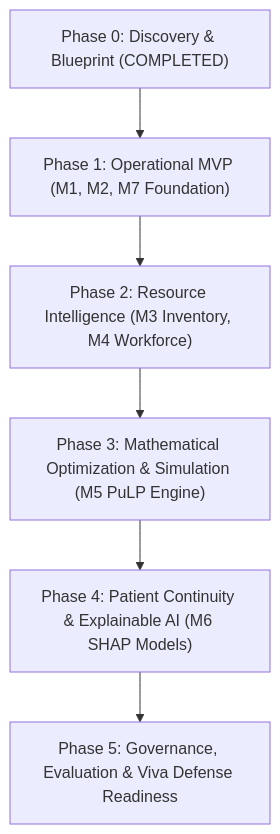
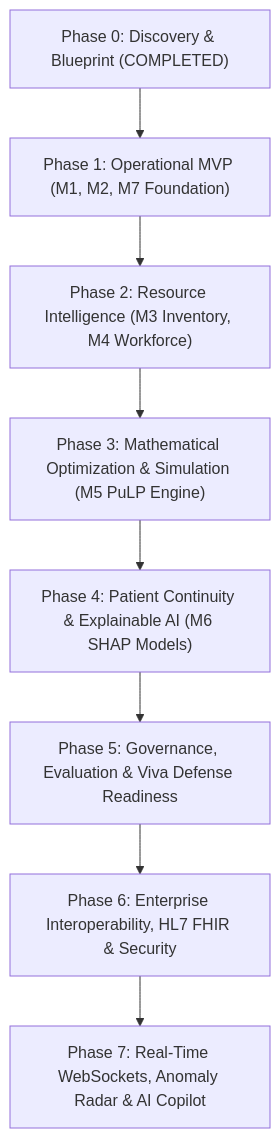
The diagram in docs/IMPLEMENTATION_ROADMAP.md (smithlivingstonofficial/MCA-ML), drawn with Mermaid before and after one commit. The commit also changed other lines of this file and 16 other files, not shown here.

Commit message:
feat(phase7): implement real-time websockets, operational anomaly radar and AI copilot deck

````diff
--- a/docs/IMPLEMENTATION_ROADMAP.md
+++ b/docs/IMPLEMENTATION_ROADMAP.md
@@ -11,11 +11,13 @@
 ```mermaid
 flowchart TD
     P0["Phase 0: Discovery & Blueprint (COMPLETED)"]
     P1["Phase 1: Operational MVP (M1, M2, M7 Foundation)"]
     P2["Phase 2: Resource Intelligence (M3 Inventory, M4 Workforce)"]
     P3["Phase 3: Mathematical Optimization & Simulation (M5 PuLP Engine)"]
     P4["Phase 4: Patient Continuity & Explainable AI (M6 SHAP Models)"]
     P5["Phase 5: Governance, Evaluation & Viva Defense Readiness"]
+    P6["Phase 6: Enterprise Interoperability, HL7 FHIR & Security"]
+    P7["Phase 7: Real-Time WebSockets, Anomaly Radar & AI Copilot"]
 
-    P0 --> P1 --> P2 --> P3 --> P4 --> P5
+    P0 --> P1 --> P2 --> P3 --> P4 --> P5 --> P6 --> P7
 ```
````
